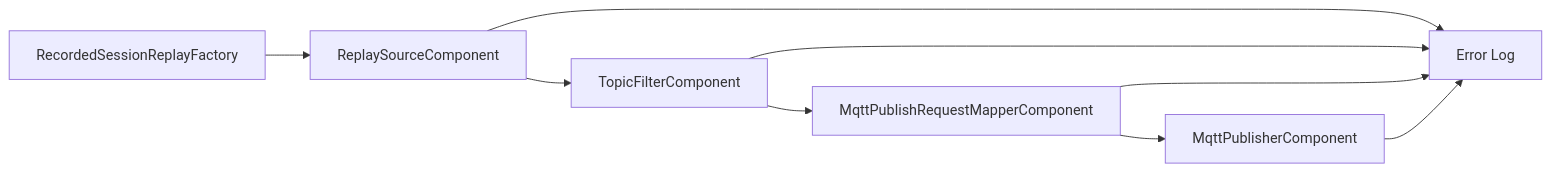
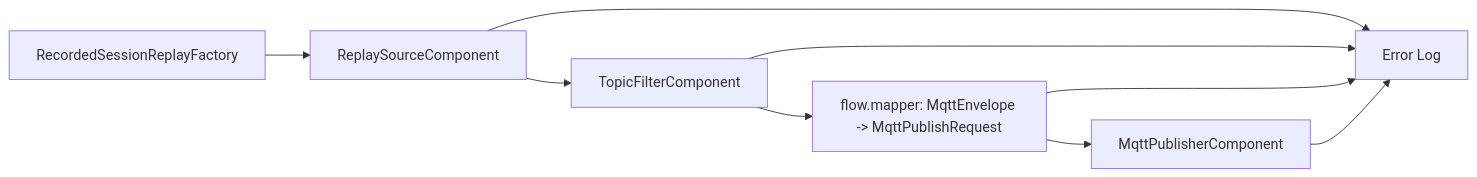
Before and after one commit to araxis/FluxMq: diagram 18 of 18 in docs/flow-components.md, drawn with Mermaid. The commit also changed other lines of this file and 21 other files, not shown here.

Commit message:
fix: make flow mapping explicit (#58)

````diff
--- a/docs/flow-components.md
+++ b/docs/flow-components.md
@@ -644,11 +658,11 @@
 ```mermaid
 flowchart LR
     Factory["RecordedSessionReplayFactory"] --> Replay["ReplaySourceComponent"]
     Replay --> Filter["TopicFilterComponent"]
-    Filter --> Mapper["MqttPublishRequestMapperComponent"]
+    Filter --> Mapper["flow.mapper: MqttEnvelope -> MqttPublishRequest"]
     Mapper --> Publisher["MqttPublisherComponent"]
     Replay --> ErrorLog["Error Log"]
     Filter --> ErrorLog
     Mapper --> ErrorLog
     Publisher --> ErrorLog
 ```
````
